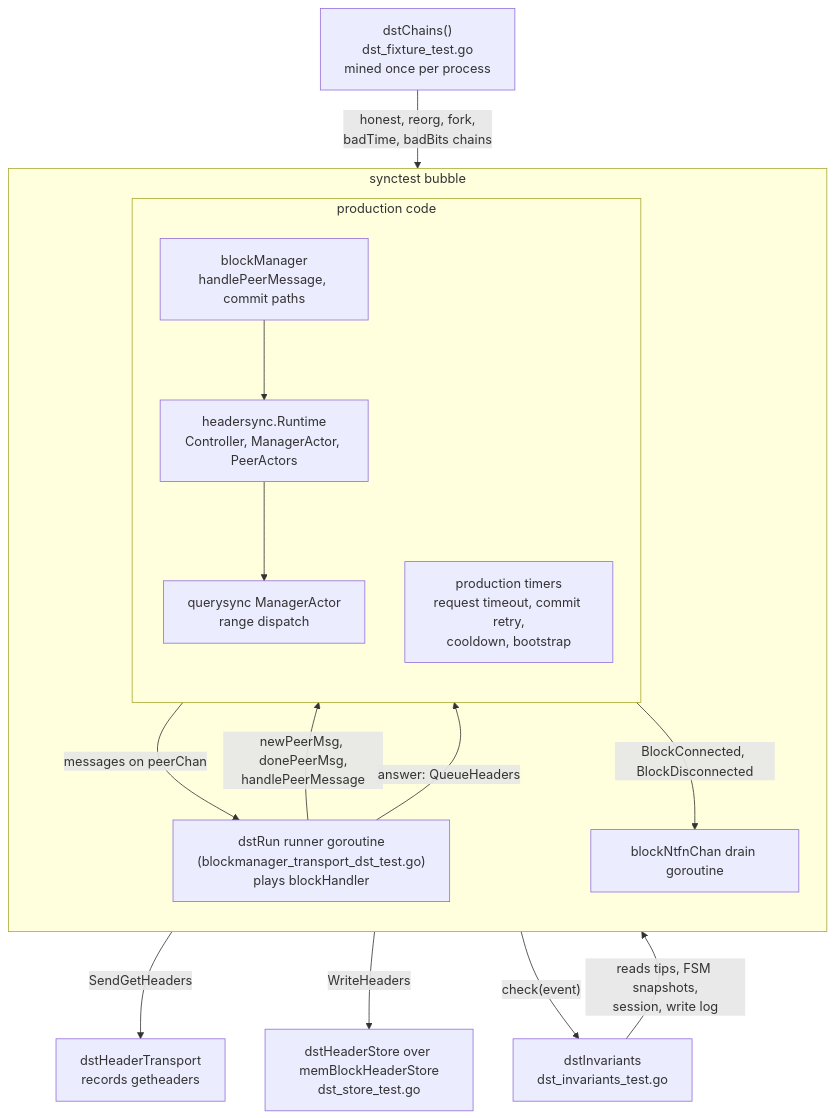
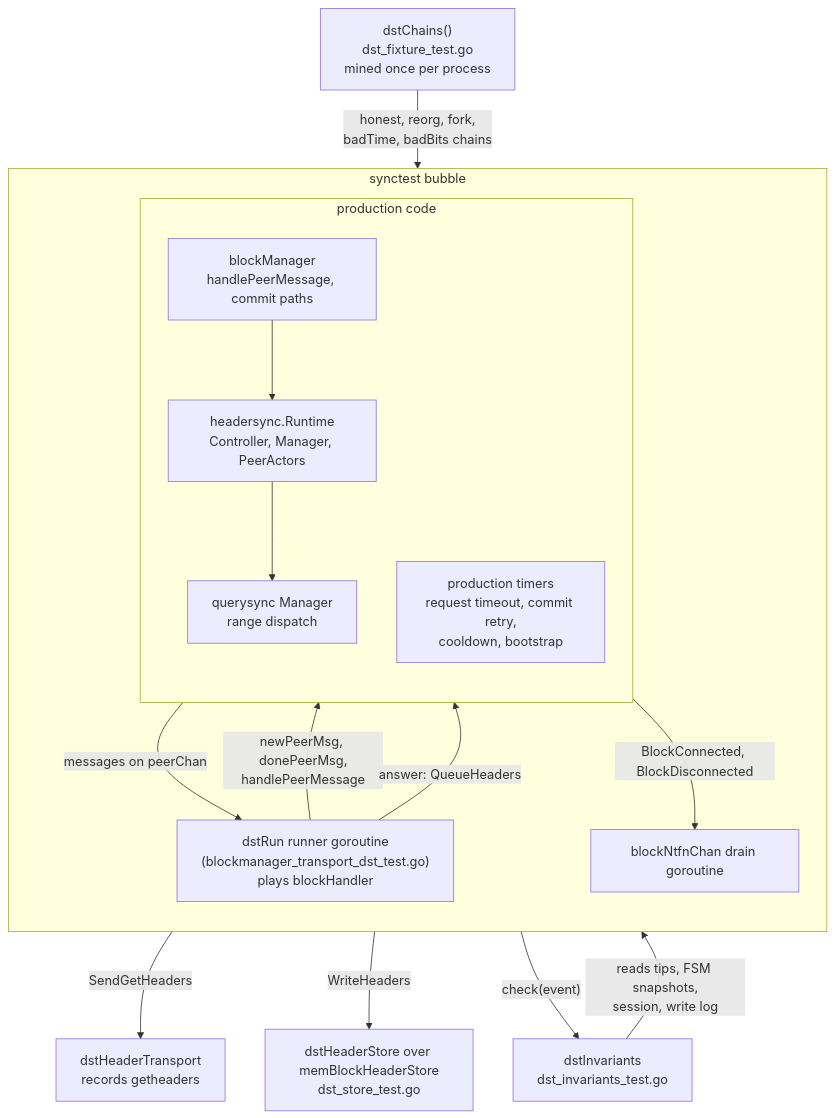
One commit to lightninglabs/neutrino changed the first of 6 diagrams in docs/deterministic-sync-testing.md. Above: the diagram before and after it, drawn with Mermaid. The commit also changed 18 other files, not shown here.

First line of the commit message:
headersync: rename the manager and peer now that they aren't actors

````diff
--- a/docs/deterministic-sync-testing.md
+++ b/docs/deterministic-sync-testing.md
@@ -82,32 +82,32 @@
 ```mermaid
 flowchart TB
     subgraph BUBBLE["synctest bubble"]
         direction TB
         run["dstRun runner goroutine<br/>(blockmanager_transport_dst_test.go)<br/>plays blockHandler"]
         subgraph PROD["production code"]
             direction TB
             bm["blockManager<br/>handlePeerMessage, commit paths"]
-            hs["headersync.Runtime<br/>Controller, ManagerActor, PeerActors"]
-            qs["querysync ManagerActor<br/>range dispatch"]
+            hs["headersync.Runtime<br/>Controller, Manager, PeerActors"]
+            qs["querysync Manager<br/>range dispatch"]
             timers["production timers<br/>request timeout, commit retry,<br/>cooldown, bootstrap"]
         end
         drain["blockNtfnChan drain goroutine"]
     end
 
     fixture["dstChains()<br/>dst_fixture_test.go<br/>mined once per process"]
     store["dstHeaderStore over memBlockHeaderStore<br/>dst_store_test.go"]
     transport["dstHeaderTransport<br/>records getheaders"]
     inv["dstInvariants<br/>dst_invariants_test.go"]
 
     run -- "newPeerMsg, donePeerMsg,<br/>handlePeerMessage" --> bm
     bm --> hs
     hs --> qs
     bm -- "SendGetHeaders" --> transport
     run -- "answer: QueueHeaders" --> bm
     timers -- "messages on peerChan" --> run
     bm -- "WriteHeaders" --> store
     bm -- "BlockConnected, BlockDisconnected" --> drain
     fixture -- "honest, reorg, fork,<br/>badTime, badBits chains" --> run
     run -- "check(event)" --> inv
     inv -- "reads tips, FSM snapshots,<br/>session, write log" --> bm
 ```
````
